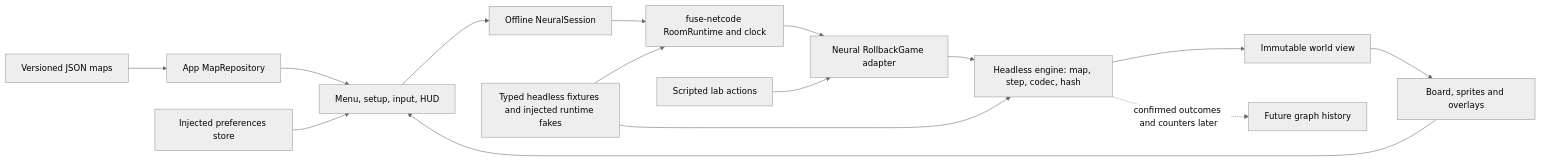
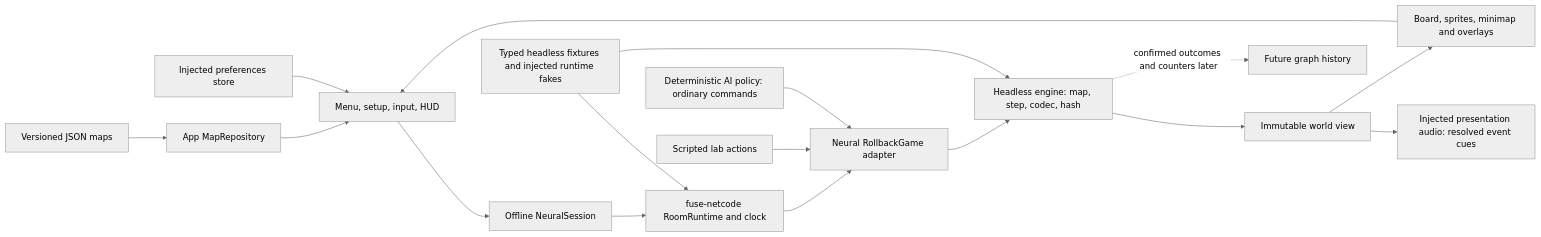
Before and after one commit to andeplane/fuse-riders: the diagram in docs/neural-defence/ARCHITECTURE.md, drawn with Mermaid (neutral theme). The commit also changed other lines of this file, not shown here.

Commit message:
docs(neural-defence): update current gameplay and presentation architecture

````diff
--- a/docs/neural-defence/ARCHITECTURE.md
+++ b/docs/neural-defence/ARCHITECTURE.md
@@ -5,17 +5,19 @@
 ```mermaid
 flowchart LR
   MAP["Versioned JSON maps"] --> REPO["App MapRepository"]
   REPO --> APP["Menu, setup, input, HUD"]
   PREF["Injected preferences store"] --> APP
   APP --> SESSION["Offline NeuralSession"]
   SESSION --> RUNTIME["fuse-netcode RoomRuntime and clock"]
   RUNTIME --> ADAPTER["Neural RollbackGame adapter"]
   ADAPTER --> ENGINE["Headless engine: map, step, codec, hash"]
   LAB["Scripted lab actions"] --> ADAPTER
+  AI["Deterministic AI policy: ordinary commands"] --> ADAPTER
   ENGINE --> VIEW["Immutable world view"]
-  VIEW --> RENDER["Board, sprites and overlays"]
+  VIEW --> RENDER["Board, sprites, minimap and overlays"]
+  VIEW --> AUDIO["Injected presentation audio: resolved event cues"]
   RENDER --> APP
   TEST["Typed headless fixtures and injected runtime fakes"] --> ENGINE
   TEST --> RUNTIME
   ENGINE -. "confirmed outcomes and counters later" .-> STATS["Future graph history"]
 ```
````
